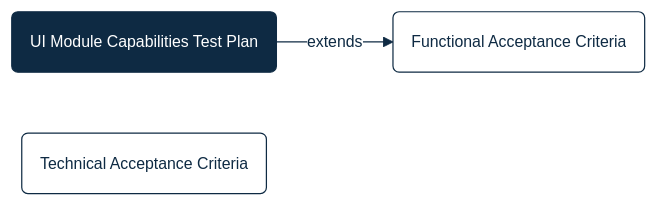
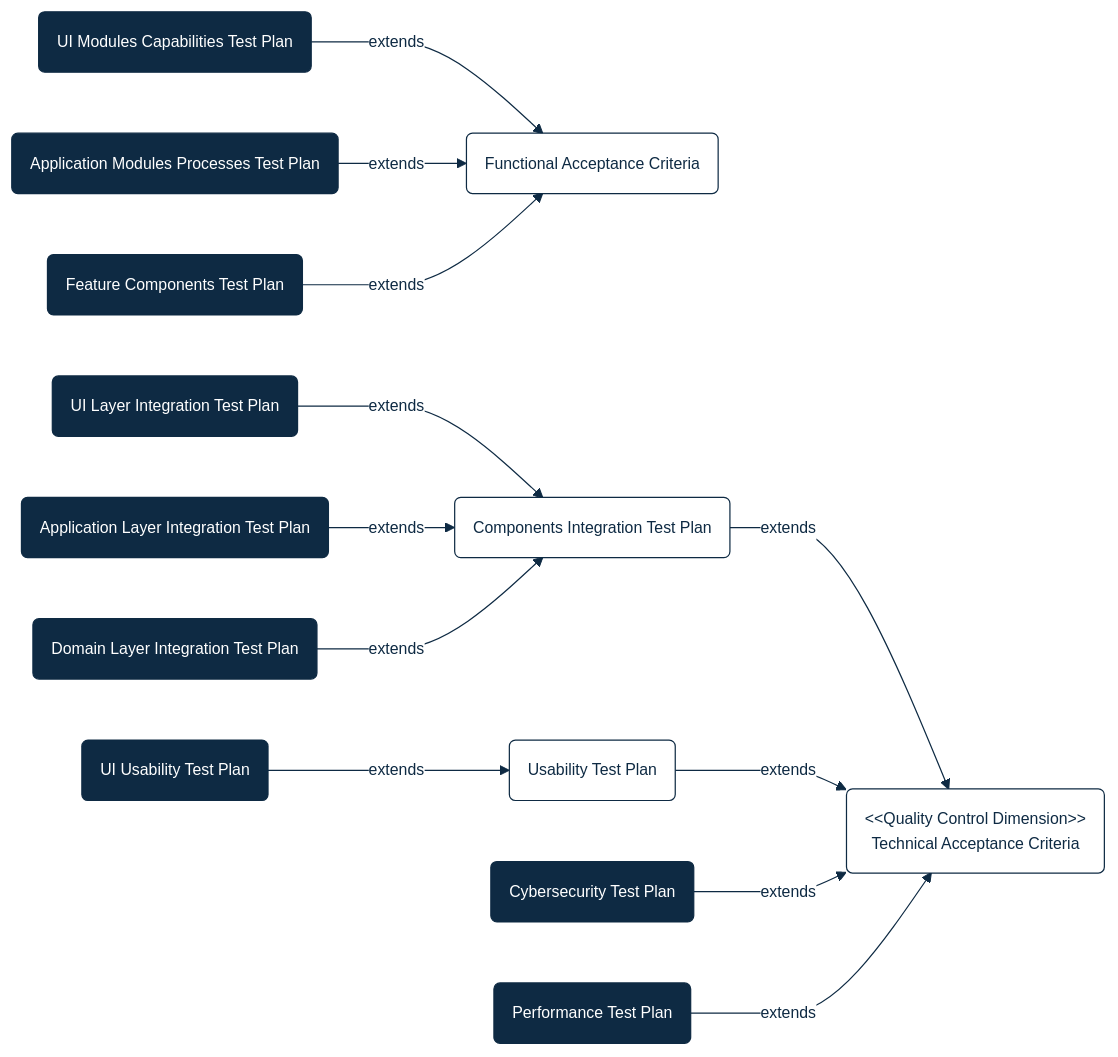
Before and after one commit to cybnity/quality-control-plans: the third of 3 diagrams in README.md, drawn with Mermaid. The commit also changed other lines of this file, not shown here.

````diff
--- a/README.md
+++ b/README.md
@@ -110,42 +122,52 @@
 ```mermaid
 %%{
   init: {
     'theme': 'base',
     'themeVariables': {
         'background': '#ffffff',
         'fontFamily': 'arial',
         'fontSize': '13px',
         'primaryColor': '#fff',
         'primaryTextColor': '#0e2a43',
         'primaryBorderColor': '#0e2a43',
         'secondaryColor': '#fff',
         'secondaryTextColor': '#0e2a43',
         'secondaryBorderColor': '#fff',
         'tertiaryColor': '#fff',
         'tertiaryTextColor': '#0e2a43',
         'tertiaryBorderColor': '#fff',
         'edgeLabelBackground':'#fff',
         'lineColor': '#0e2a43',
         'titleColor': '#fff',
         'textColor': '#0e2a43',
         'lineColor': '#0e2a43',
         'nodeTextColor': '#0e2a43',
         'nodeBorder': '#0e2a43',
         'noteTextColor': '#fff',
         'noteBorderColor': '#fff'
     },
     'flowchart': { 'curve': 'monotoneX', 'htmlLabels': 'true', 'wrappingWidth': '400' }
   }
 }%%
 flowchart LR
-  ui_func_plan("UI Module Capabilities Test Plan") -->|extends| functionalPlan
+  ui_func_plan("UI Modules Capabilities Test Plan") -->|extends| functionalPlan
+  app_func_plan("Application Modules Processes Test Plan") -->|extends| functionalPlan
+  feat_func_plan("Feature Components Test Plan") -->|extends| functionalPlan
   functionalPlan("Functional Acceptance Criteria")
-  technicalPlan("Technical Acceptance Criteria")
+  technicalPlan("#60;#60;Quality Control Dimension#62;#62; \n Technical Acceptance Criteria")
+  int_tech_plan("Components Integration Test Plan") -->|extends| technicalPlan
+  ui_layer_int_plan("UI Layer Integration Test Plan") -->|extends| int_tech_plan
+  app_layer_int_plan("Application Layer Integration Test Plan") -->|extends| int_tech_plan
+  domain_layer_int_plan("Domain Layer Integration Test Plan") -->|extends| int_tech_plan
+  usability_tech_plan("Usability Test Plan") -->|extends| technicalPlan
+  ui_usa_tech_plan("UI Usability Test Plan") -->|extends| usability_tech_plan
+  security_tech_plan("Cybersecurity Test Plan") -->|extends| technicalPlan
+  perf_tech_plan("Performance Test Plan") -->|extends| technicalPlan
 
   classDef dimension fill:#fff, stroke:##0e2a43, color:##0e2a43;
   classDef testelement fill:#0e2a43, color:#fff;
   classDef component fill:#fff, stroke:#e5302a, color:#e5302a, stroke-dasharray: 5 5;
   
-  class functionalPlan,technicalPlan dimension
-  class ui_func_plan testelement
+  class functionalPlan,technicalPlan,int_tech_plan,usability_tech_plan dimension
+  class ui_func_plan,app_func_plan,feat_func_plan,ui_layer_int_plan,app_layer_int_plan,domain_layer_int_plan,security_tech_plan,perf_tech_plan,ui_usa_tech_plan testelement
 ```
````
